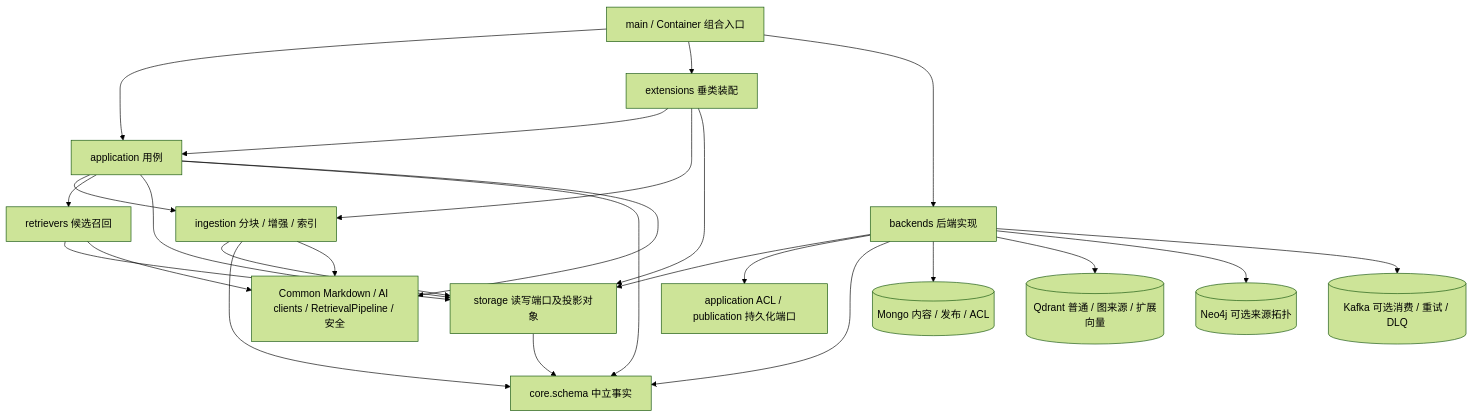
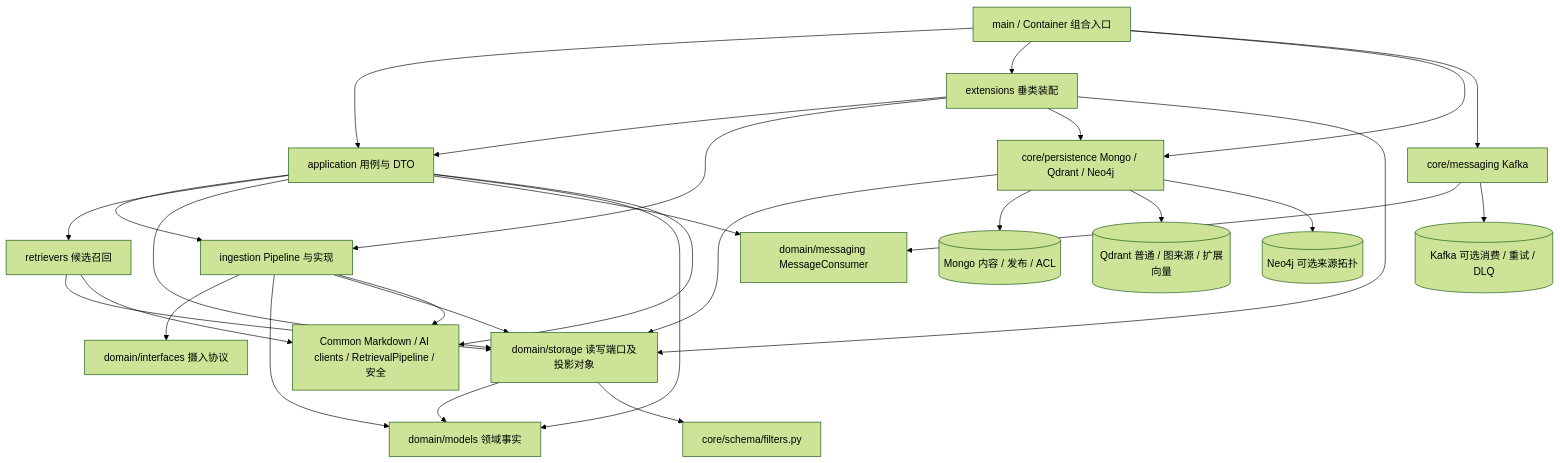
One commit to Oriole-FDU/WisePenCloud-AI changed the first of 4 diagrams in services/wisepen-rag-service/docs/architecture.md. Above: the diagram before and after it, drawn with Mermaid (forest theme). The commit also changed other lines of this file and 185 other files, not shown here.

````diff
--- a/services/wisepen-rag-service/docs/architecture.md
+++ b/services/wisepen-rag-service/docs/architecture.md
@@ -10,27 +10,31 @@
 ```mermaid
 flowchart TB
-    Main[main / Container 组合入口] --> App[application 用例]
+    Main[main / Container 组合入口] --> App[application 用例与 DTO]
     Main --> Ext[extensions 垂类装配]
-    Main --> Backend[backends 后端实现]
+    Main --> Persistence[core/persistence Mongo / Qdrant / Neo4j]
+    Main --> Messaging[core/messaging Kafka]
     Ext --> App
-    Ext --> Ing[ingestion 分块 / 增强 / 索引]
-    Ext --> Storage[storage 读写端口及投影对象]
+    Ext --> Ing[ingestion Pipeline 与实现]
+    Ext --> Persistence
+    Ext --> DomainStorage[domain/storage 读写端口及投影对象]
     App --> Ing
     App --> Ret[retrievers 候选召回]
-    App --> Storage
-    Ing --> Storage
-    Ret --> Storage
-    Backend --> Storage
-    Backend --> Ports[application ACL / publication 持久化端口]
-    App --> Core[core.schema 中立事实]
-    Ing --> Core
-    Storage --> Core
-    Backend --> Core
+    App --> DomainStorage
+    App --> DomainMessaging[domain/messaging MessageConsumer]
+    App --> DomainModels[domain/models 领域事实]
+    Ing --> Interfaces[domain/interfaces 摄入协议]
+    Ing --> DomainModels
+    Ing --> DomainStorage
+    Ret --> DomainStorage
+    Persistence --> DomainStorage
+    Messaging --> DomainMessaging
+    DomainStorage --> DomainModels
+    DomainStorage --> Filters[core/schema/filters.py]
     App --> Common[Common Markdown / AI clients / RetrievalPipeline / 安全]
     Ing --> Common
     Ret --> Common
-    Backend --> Mongo[(Mongo 内容 / 发布 / ACL)]
-    Backend --> Qdrant[(Qdrant 普通 / 图来源 / 扩展向量)]
-    Backend --> Neo[(Neo4j 可选来源拓扑)]
-    Backend --> Kafka[(Kafka 可选消费 / 重试 / DLQ)]
+    Persistence --> Mongo[(Mongo 内容 / 发布 / ACL)]
+    Persistence --> Qdrant[(Qdrant 普通 / 图来源 / 扩展向量)]
+    Persistence --> Neo[(Neo4j 可选来源拓扑)]
+    Messaging --> Kafka[(Kafka 可选消费 / 重试 / DLQ)]
 ```
````
